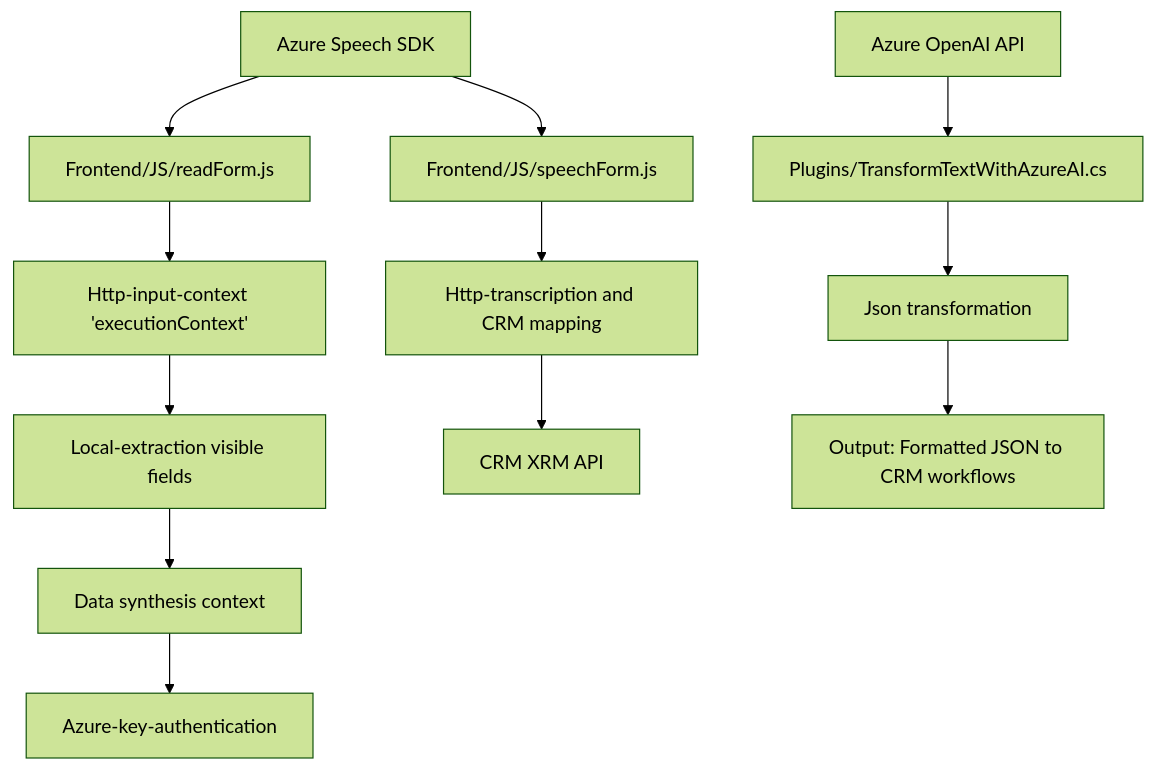
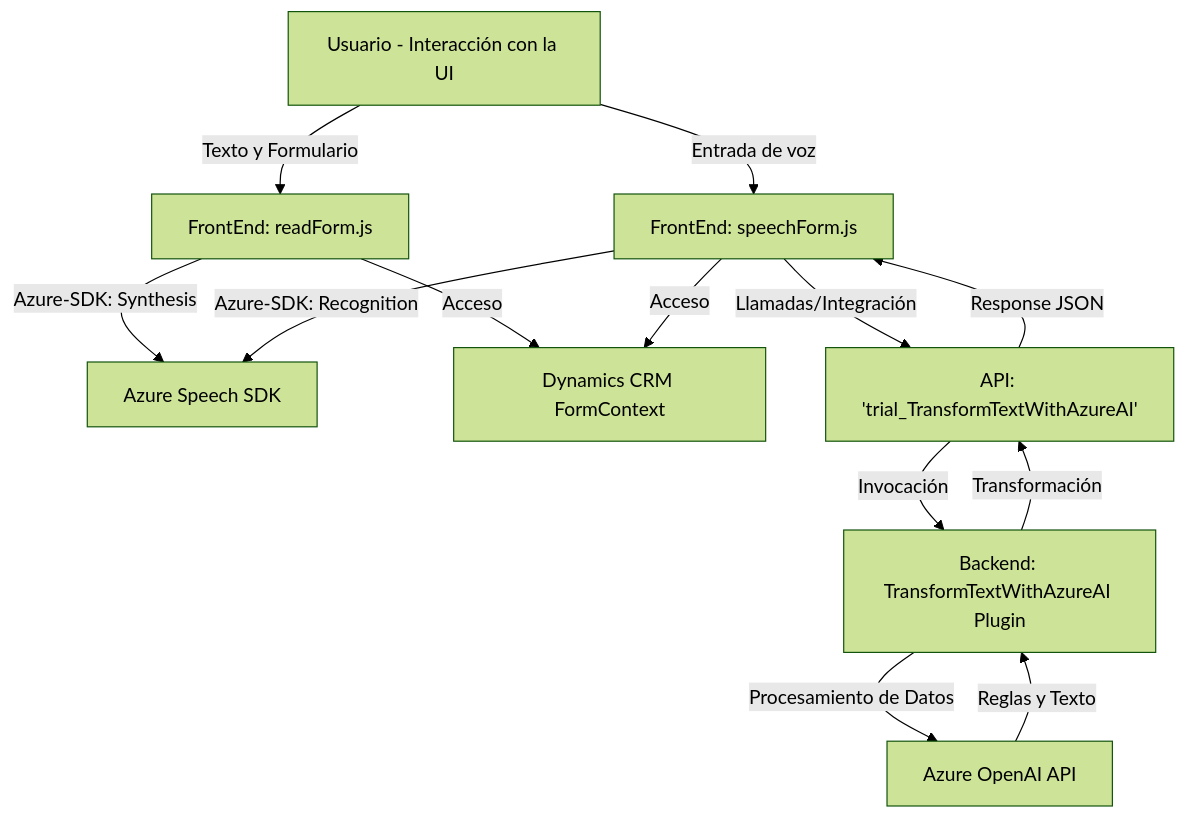
The diagram in README.md (blopezdm/NETCORE_BILBAO2025), drawn with Mermaid (forest theme) before and after one commit. The commit also changed other lines of this file, not shown here.

Commit message:
Actualizar análisis global de la solución con IA

````diff
--- a/README.md
+++ b/README.md
@@ -45,14 +44,24 @@
 ```mermaid
 graph TD
-    A["Azure Speech SDK"] --> B["Frontend/JS/readForm.js"]
-    A --> C["Frontend/JS/speechForm.js"]
-    B --> D["Http-input-context 'executionContext'"]
-    C --> E["Http-transcription and CRM mapping"]
-    F["Azure OpenAI API"] --> G["Plugins/TransformTextWithAzureAI.cs"]
-    D --> H["Local-extraction visible fields"]
-    E --> I["CRM XRM API"]
-    H --> J["Data synthesis context"]
-    G --> K["Json transformation"]
-    J --> L["Azure-key-authentication"]
-    K --> M["Output: Formatted JSON to CRM workflows"]
+    A["Usuario - Interacción con la UI"]
+    B["FrontEnd: readForm.js"]
+    C["FrontEnd: speechForm.js"]
+    D["Azure Speech SDK"]
+    E["Dynamics CRM FormContext"]
+    F["API: 'trial_TransformTextWithAzureAI'"]
+    G["Backend: TransformTextWithAzureAI Plugin"]
+    H["Azure OpenAI API"]
+
+    A -->|Texto y Formulario| B
+    A -->|Entrada de voz| C
+    B -->|Azure-SDK: Synthesis| D
+    C -->|Azure-SDK: Recognition| D
+    B -->|Acceso| E
+    C -->|Acceso| E
+    C -->|Llamadas/Integración| F
+    F -->|Response JSON| C
+    F -->|Invocación| G
+    G -->|Procesamiento de Datos| H
+    H -->|Reglas y Texto| G
+    G -->|Transformación| F
 ```
````
